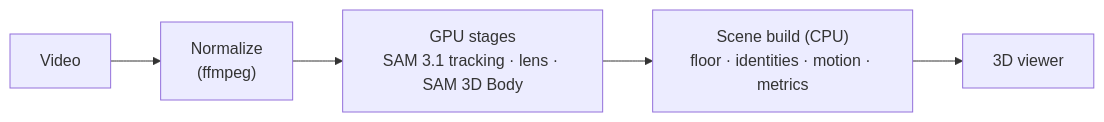
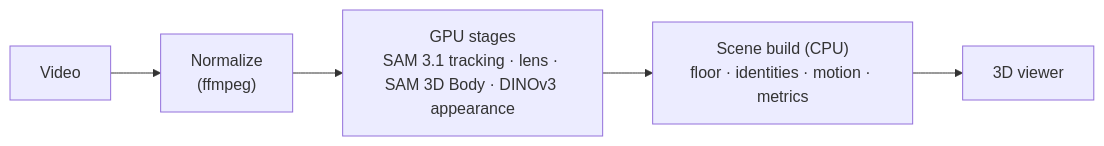
Before and after one commit to flyaurelien/kinesia: the diagram in README.md, drawn with Mermaid. The commit also changed other lines of this file and 15 other files, not shown here.

````diff
--- a/README.md
+++ b/README.md
@@ -46,7 +50,7 @@
 ```mermaid
 flowchart LR
     A[Video] --> B["Normalize<br/>(ffmpeg)"]
-    B --> C["GPU stages<br/>SAM 3.1 tracking · lens · SAM 3D Body"]
+    B --> C["GPU stages<br/>SAM 3.1 tracking · lens · SAM 3D Body · DINOv3 appearance"]
     C --> D["Scene build (CPU)<br/>floor · identities · motion · metrics"]
     D --> E["3D viewer"]
 ```
````
